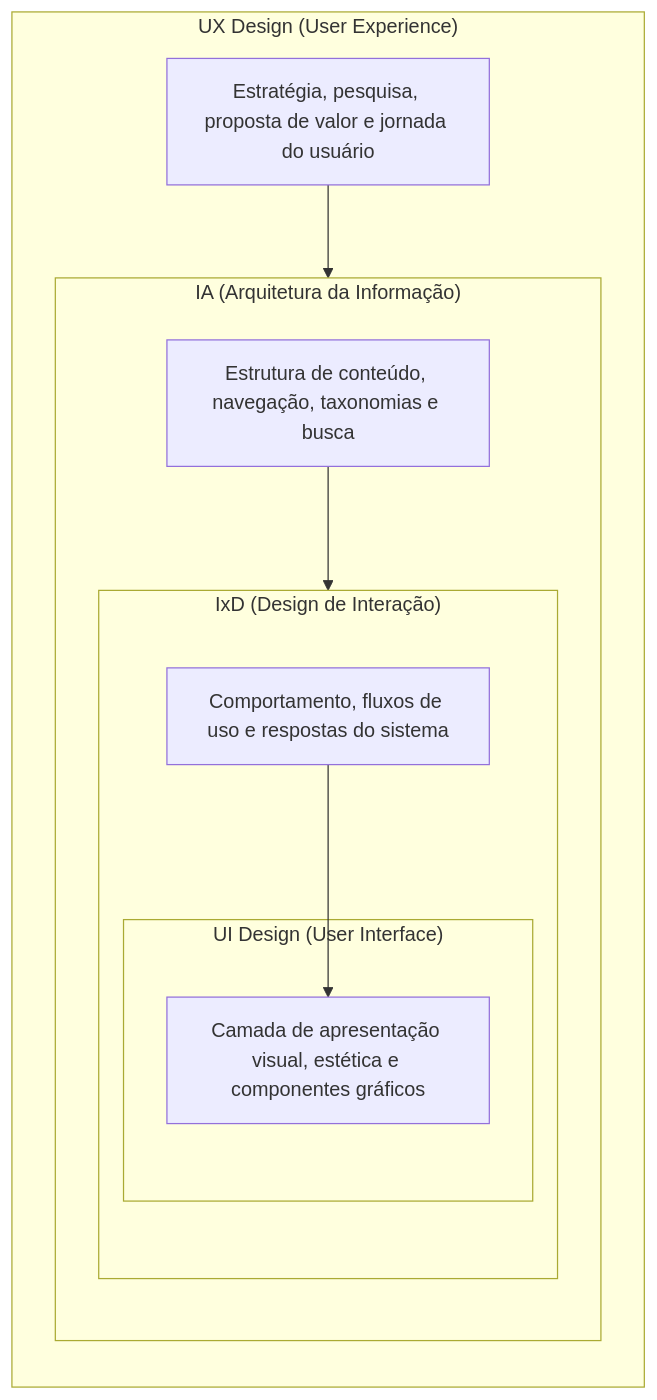
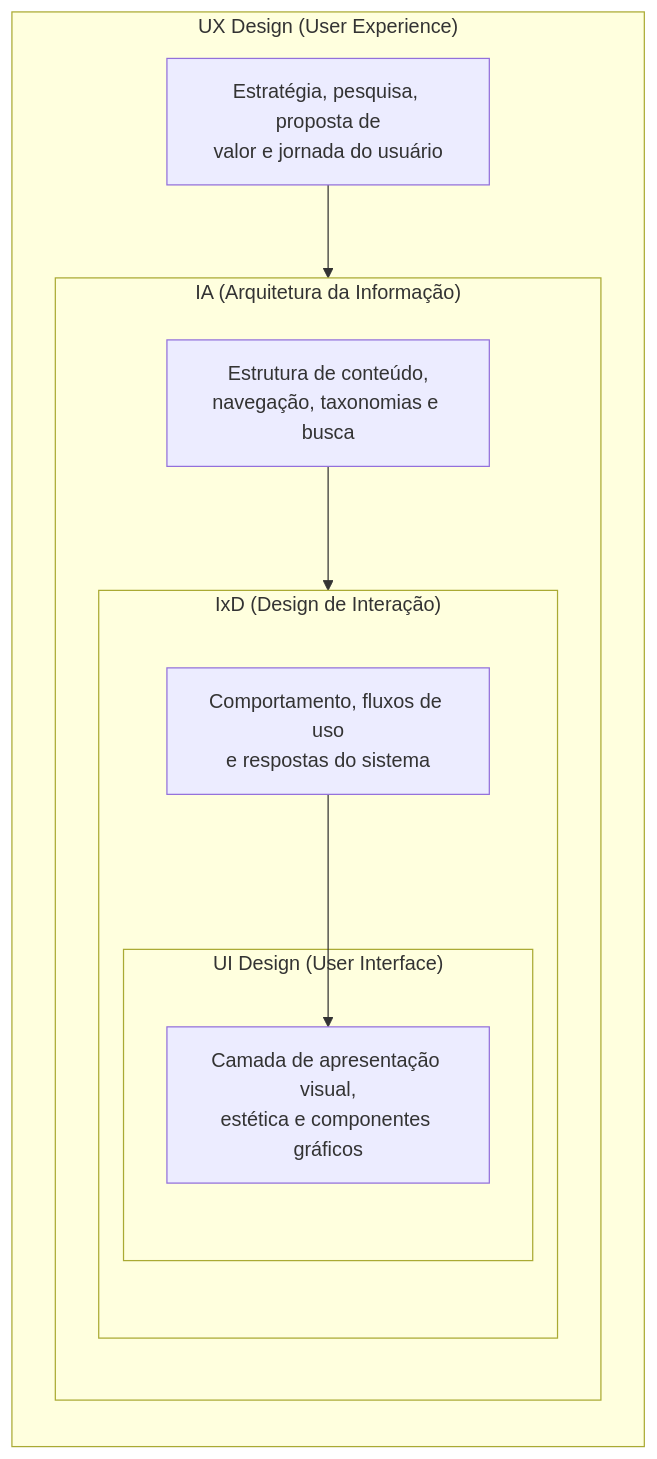
One commit to leorruas/puc changed the diagram in 08. Design de Interacao/06. Contexto de uso, interface, interação e papéis do design.md. Above: the diagram before and after it, drawn with Mermaid. The commit also changed 16 other files, not shown here.

Commit message:
style(mermaid): comprehensive audit and optimization of 45 Mermaid blocks across all 22 topic notes

````diff
--- a/08. Design de Interacao/06. Contexto de uso, interface, interação e papéis do design.md
+++ b/08. Design de Interacao/06. Contexto de uso, interface, interação e papéis do design.md
@@ -129,21 +129,21 @@
 ```mermaid
 graph TD
     subgraph UX ["UX Design (User Experience)"]
         direction TD
-        A["Estratégia, pesquisa, proposta de valor e jornada do usuário"] --> B
+        A["Estratégia, pesquisa, proposta de<br>valor e jornada do usuário"] --> B
         
         subgraph IA ["IA (Arquitetura da Informação)"]
             direction TD
-            B["Estrutura de conteúdo, navegação, taxonomias e busca"] --> C
+            B["Estrutura de conteúdo,<br>navegação, taxonomias e busca"] --> C
             
             subgraph IxD ["IxD (Design de Interação)"]
                 direction TD
-                C["Comportamento, fluxos de uso e respostas do sistema"] --> D
+                C["Comportamento, fluxos de uso<br>e respostas do sistema"] --> D
                 
                 subgraph UI ["UI Design (User Interface)"]
-                    D["Camada de apresentação visual, estética e componentes gráficos"]
+                    D["Camada de apresentação visual,<br>estética e componentes gráficos"]
                 end
             end
         end
     end
 ```
````
